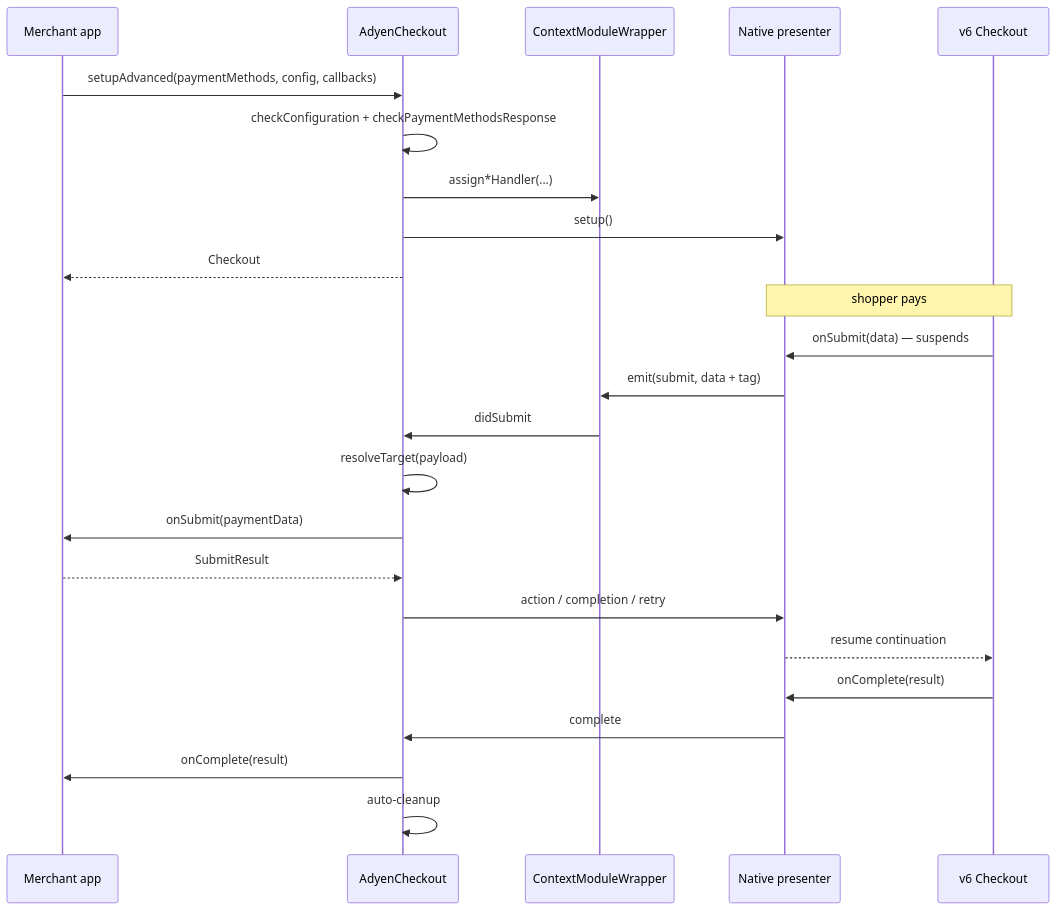
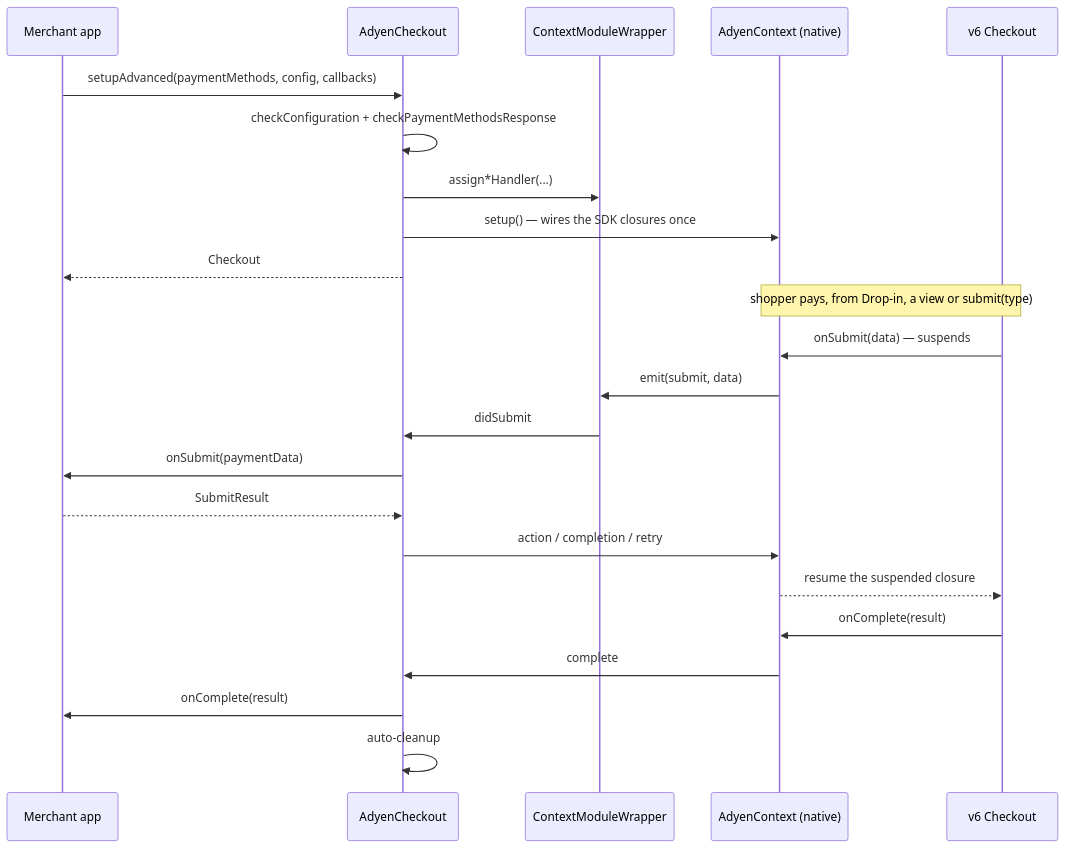
One commit to Adyen/adyen-react-native changed the fourth of 6 diagrams in docs/js-architecture.md. Above: the diagram before and after it, drawn with Mermaid. The commit also changed other lines of this file and 2 other files, not shown here.

````diff
--- a/docs/js-architecture.md
+++ b/docs/js-architecture.md
@@ -237,28 +194,27 @@
 ```mermaid
 sequenceDiagram
   participant M as Merchant app
   participant AC as AdyenCheckout
   participant CW as ContextModuleWrapper
-  participant N as Native presenter
+  participant N as AdyenContext (native)
   participant SDK as v6 Checkout
 
   M->>AC: setupAdvanced(paymentMethods, config, callbacks)
   AC->>AC: checkConfiguration + checkPaymentMethodsResponse
   AC->>CW: assign*Handler(...)
-  AC->>N: setup()
+  AC->>N: setup() — wires the SDK closures once
   AC-->>M: Checkout
 
-  Note over N,SDK: shopper pays
+  Note over N,SDK: shopper pays, from Drop-in, a view or submit(type)
   SDK->>N: onSubmit(data) — suspends
-  N->>CW: emit(submit, data + tag)
+  N->>CW: emit(submit, data)
   CW->>AC: didSubmit
-  AC->>AC: resolveTarget(payload)
   AC->>M: onSubmit(paymentData)
   M-->>AC: SubmitResult
   AC->>N: action / completion / retry
-  N-->>SDK: resume continuation
+  N-->>SDK: resume the suspended closure
   SDK->>N: onComplete(result)
   N->>AC: complete
   AC->>M: onComplete(result)
   AC->>AC: auto-cleanup
 ```
````
